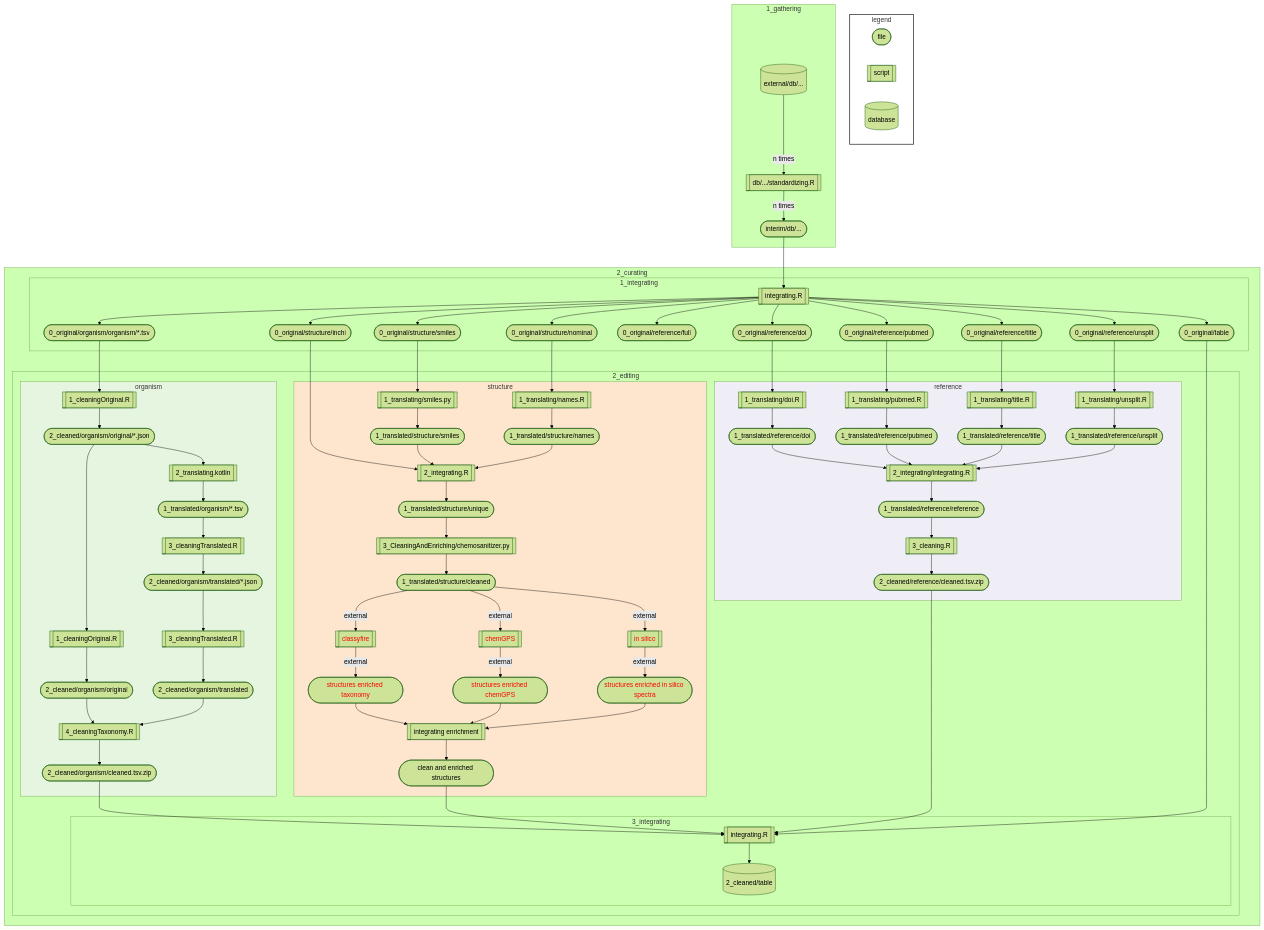
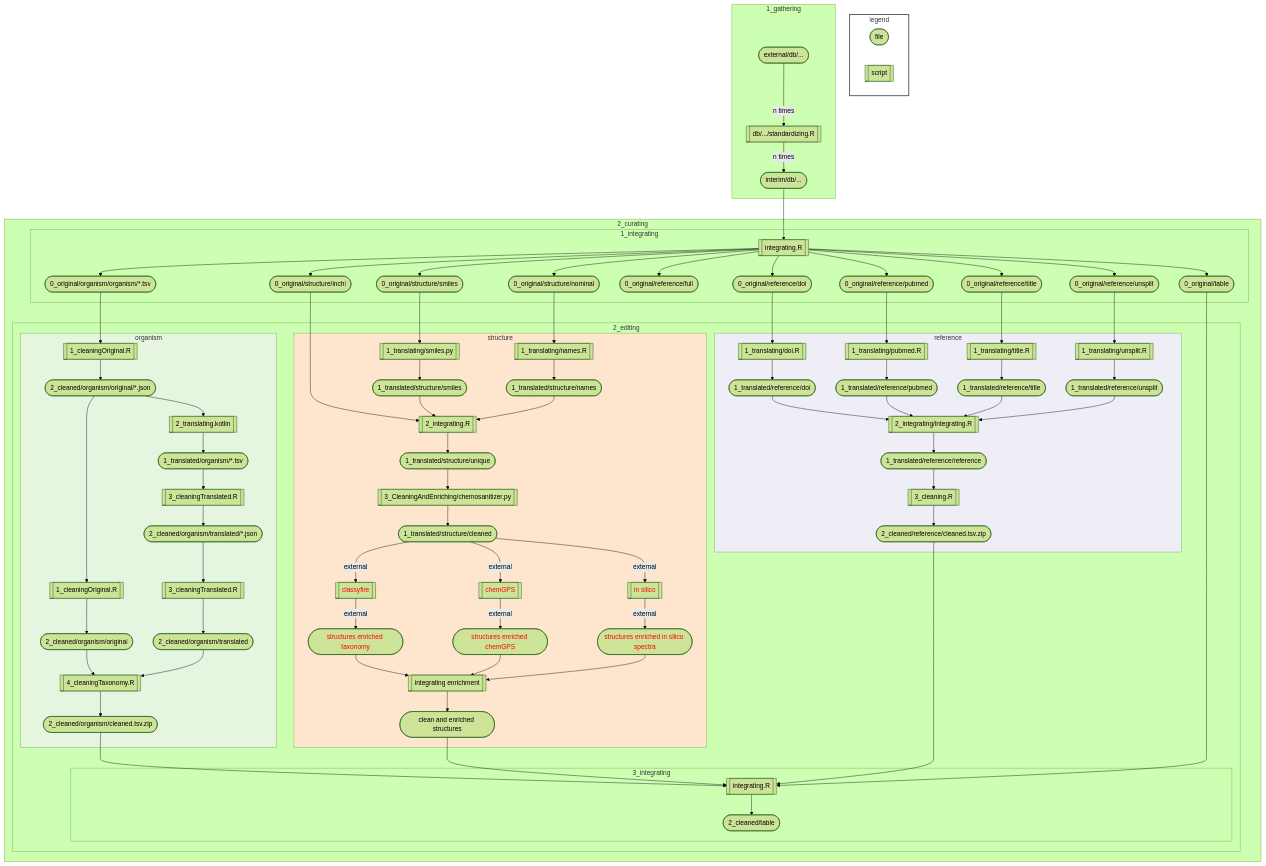
The diagram in README.md (lotusnprod/lotus-processor), drawn with Mermaid (forest theme) before and after one commit.

Commit message:
docs(readme): update subgraph legend and curating section

```diff
--- a/README.md
+++ b/README.md
@@ -12,11 +12,10 @@
 style legend fill:#FFFFFF,stroke:#424242,stroke-width:2px
 A([file])
 B[[script]]
-C[(database)]
 end
 
 subgraph 1_gathering
-010[(external/db/...)] -- n times --> 020[[db/.../standardizing.R]] -- n times --> 030([interim/db/...]) 
+010([external/db/...]) -- n times --> 020[[db/.../standardizing.R]] -- n times --> 030([interim/db/...]) 
 end
 
 subgraph 2_curating
@@ -122,7 +121,7 @@
 998[[integrating.R]]
 
 400([0_original/table]) --> 
-    998[[integrating.R]] --> 999[(2_cleaned/table)]
+    998[[integrating.R]] --> 999([2_cleaned/table])
 end
 end    
 end
```
